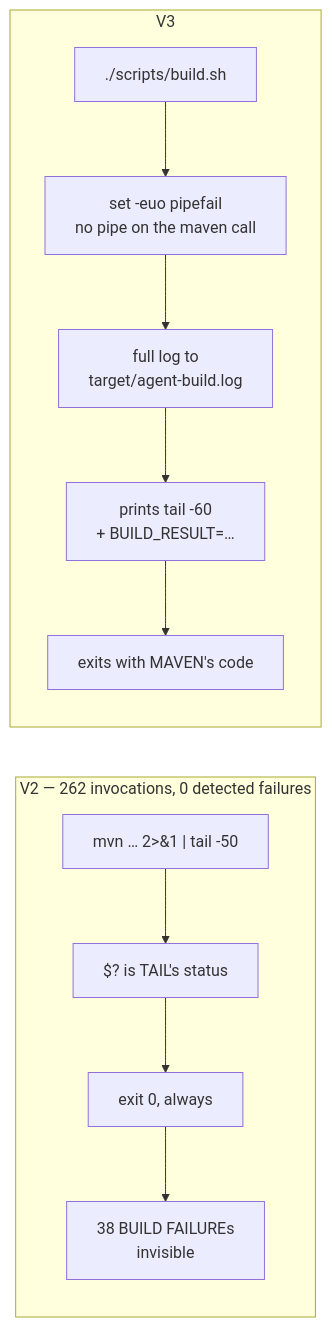
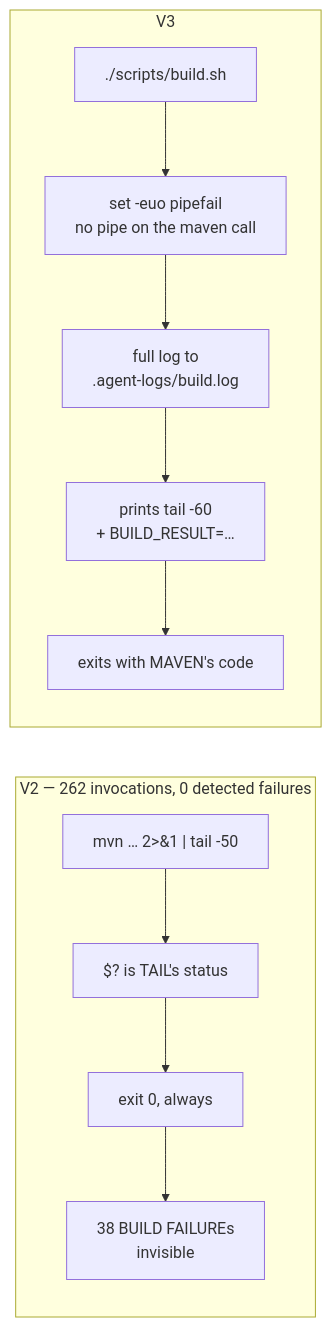
The sixth of 7 diagrams in VIBE_V3.md (vidocq-stack/mansart), drawn with Mermaid before and after one commit. The commit also changed 8 other files, not shown here.

````diff
--- a/VIBE_V3.md
+++ b/VIBE_V3.md
@@ -269,14 +269,14 @@
 ```mermaid
 flowchart LR
     subgraph before["V2 — 262 invocations, 0 detected failures"]
         B1["mvn … 2&gt;&amp;1 #124; tail -50"] --> B2["$? is TAIL's status"]
         B2 --> B3["exit 0, always"]
         B3 --> B4["38 BUILD FAILUREs<br/>invisible"]
     end
     subgraph after["V3"]
         A1["./scripts/build.sh"] --> A2["set -euo pipefail<br/>no pipe on the maven call"]
-        A2 --> A3["full log to<br/>target/agent-build.log"]
+        A2 --> A3["full log to<br/>.agent-logs/build.log"]
         A3 --> A4["prints tail -60<br/>+ BUILD_RESULT=…"]
         A4 --> A5["exits with MAVEN's code"]
     end
 ```
````
